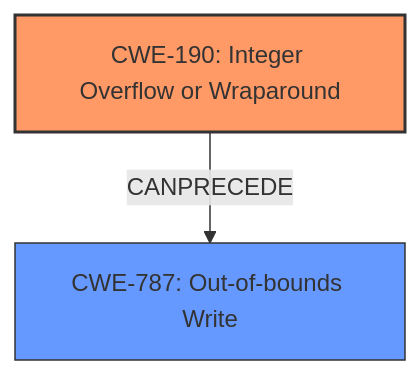
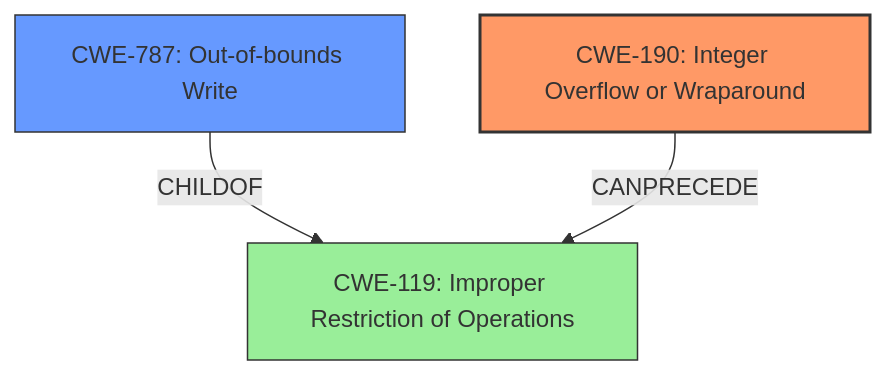
One commit to CyberSecAI/cwe_agent_assign_reports_2023 changed the diagram in CVE-2021-30663/CVE-2021-30663_analysis.md. Above: the diagram before and after it, drawn with Mermaid. The commit also changed other lines of this file and 902 other files, not shown here.

````diff
--- a/CVE-2021-30663/CVE-2021-30663_analysis.md
+++ b/CVE-2021-30663/CVE-2021-30663_analysis.md
@@ -17,11 +17,16 @@
 ```mermaid
 graph TD
     cwe190["CWE-190: Integer Overflow or Wraparound"]
     cwe787["CWE-787: Out-of-bounds Write"]
-    cwe190 -->|CANPRECEDE| cwe787
+    cwe119["CWE-119: Improper Restriction of Operations"]
+    
+    cwe787 -->|CHILDOF| cwe119
+    cwe190 -->|CANPRECEDE| cwe119
     
     classDef primary fill:#f96,stroke:#333,stroke-width:2px
     classDef secondary fill:#69f,stroke:#333
+    classDef tertiary fill:#9e9,stroke:#333
     class cwe190 primary
     class cwe787 secondary
+    class cwe119 tertiary
 ```
````
